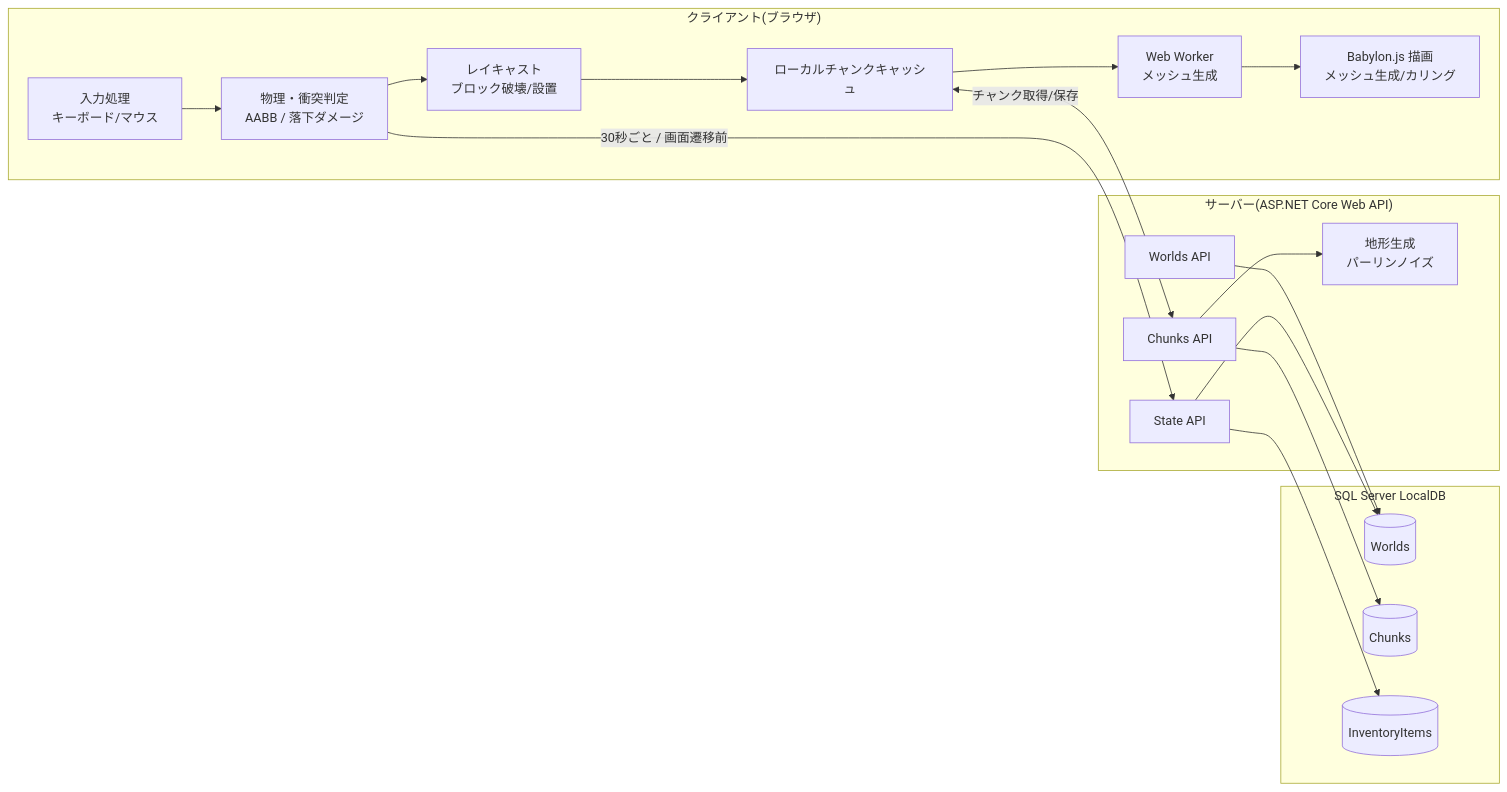
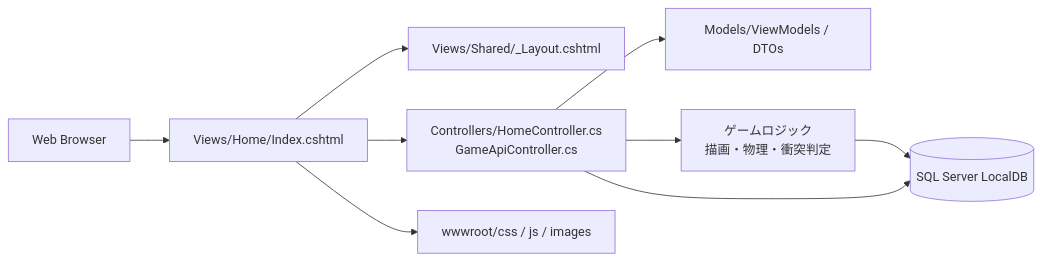
The diagram in Specifications/詳細システム設計書.Ver1.md (Fujiwo/Shos.Minecraft), drawn with Mermaid before and after one commit. The commit also changed other lines of this file and 50 other files, not shown here.

First line of the commit message:
Add initial project structure and implement basic game API

````diff
--- a/Specifications/詳細システム設計書.Ver1.md
+++ b/Specifications/詳細システム設計書.Ver1.md
@@ -17,34 +20,20 @@
 ```mermaid
 flowchart LR
-    subgraph Client["クライアント(ブラウザ)"]
-        Input[入力処理<br/>キーボード/マウス]
-        Physics[物理・衝突判定<br/>AABB / 落下ダメージ]
-        Raycast[レイキャスト<br/>ブロック破壊/設置]
-        Render[Babylon.js 描画<br/>メッシュ生成/カリング]
-        Cache[ローカルチャンクキャッシュ]
-        Worker[Web Worker<br/>メッシュ生成]
-    end
+    Browser[Web Browser]
+    View[Views/Home/Index.cshtml]
+    Layout[Views/Shared/_Layout.cshtml]
+    Controller[Controllers/HomeController.cs<br/>GameApiController.cs]
+    Model[Models/ViewModels / DTOs]
+    Static[wwwroot/css / js / images]
+    Game[ゲームロジック<br/>描画・物理・衝突判定]
+    DB[(SQL Server LocalDB)]
 
-    subgraph Server["サーバー(ASP.NET Core Web API)"]
-        WorldApi[Worlds API]
-        ChunkApi[Chunks API]
-        StateApi[State API]
-        Terrain[地形生成<br/>パーリンノイズ]
-    end
-
-    subgraph DB["SQL Server LocalDB"]
-        WorldsTable[(Worlds)]
-        ChunksTable[(Chunks)]
-        InventoryTable[(InventoryItems)]
-    end
-
-    Input --> Physics --> Raycast --> Cache
-    Cache --> Worker --> Render
-    Cache <-->|チャンク取得/保存| ChunkApi
-    Physics -->|30秒ごと / 画面遷移前| StateApi
-    WorldApi --> WorldsTable
-    ChunkApi --> ChunksTable
-    ChunkApi --> Terrain
-    StateApi --> WorldsTable
-    StateApi --> InventoryTable
+    Browser --> View
+    View --> Layout
+    View --> Static
+    View --> Controller
+    Controller --> Model
+    Controller --> Game
+    Game --> DB
+    Controller --> DB
 ```
````
